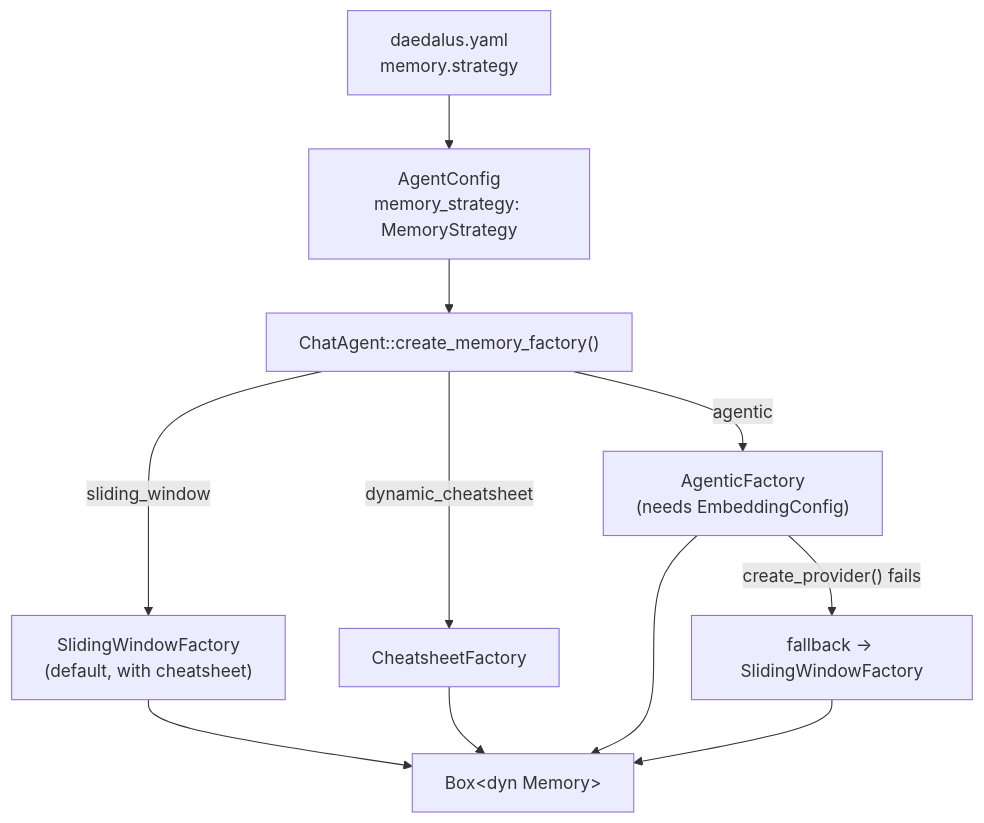
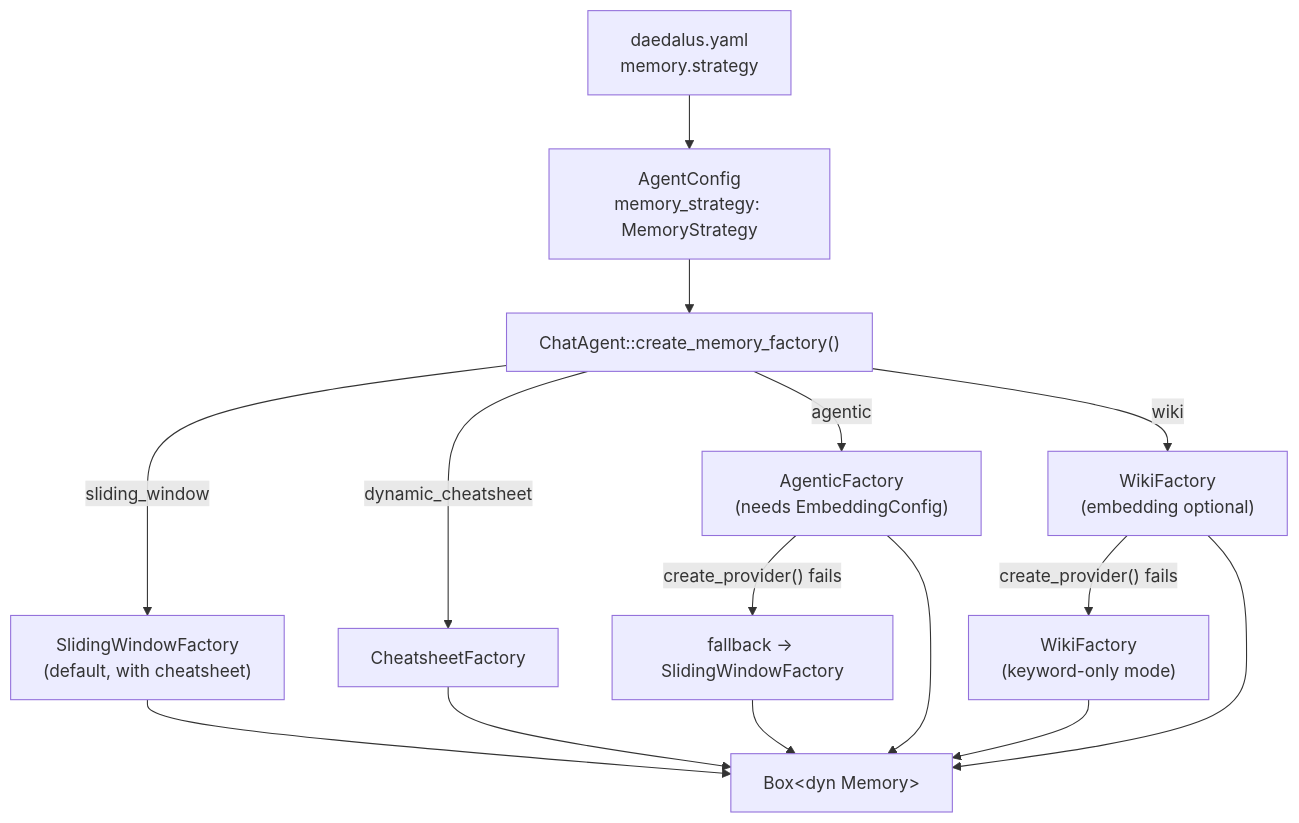
The first of 5 diagrams in docs/services/memory/overview.md (darkinsky/daedalus), drawn with Mermaid before and after one commit. The commit also changed other lines of this file and 16 other files, not shown here.

````diff
--- a/docs/services/memory/overview.md
+++ b/docs/services/memory/overview.md
@@ -31,16 +32,20 @@
 ```mermaid
 graph TD
     YAML["daedalus.yaml<br/>memory.strategy"] --> CONFIG["AgentConfig<br/>memory_strategy: MemoryStrategy"]
     CONFIG --> FACTORY["ChatAgent::create_memory_factory()"]
     
     FACTORY -->|sliding_window| SW["SlidingWindowFactory<br/>(default, with cheatsheet)"]
     FACTORY -->|dynamic_cheatsheet| DC["CheatsheetFactory"]
     FACTORY -->|agentic| AG["AgenticFactory<br/>(needs EmbeddingConfig)"]
+    FACTORY -->|wiki| WK["WikiFactory<br/>(embedding optional)"]
     
     AG -->|"create_provider() fails"| FALLBACK["fallback → SlidingWindowFactory"]
+    WK -->|"create_provider() fails"| WK_KW["WikiFactory<br/>(keyword-only mode)"]
     
     SW --> MEM["Box&lt;dyn Memory&gt;"]
     DC --> MEM
     AG --> MEM
+    WK --> MEM
+    WK_KW --> MEM
     FALLBACK --> MEM
 ```
````
